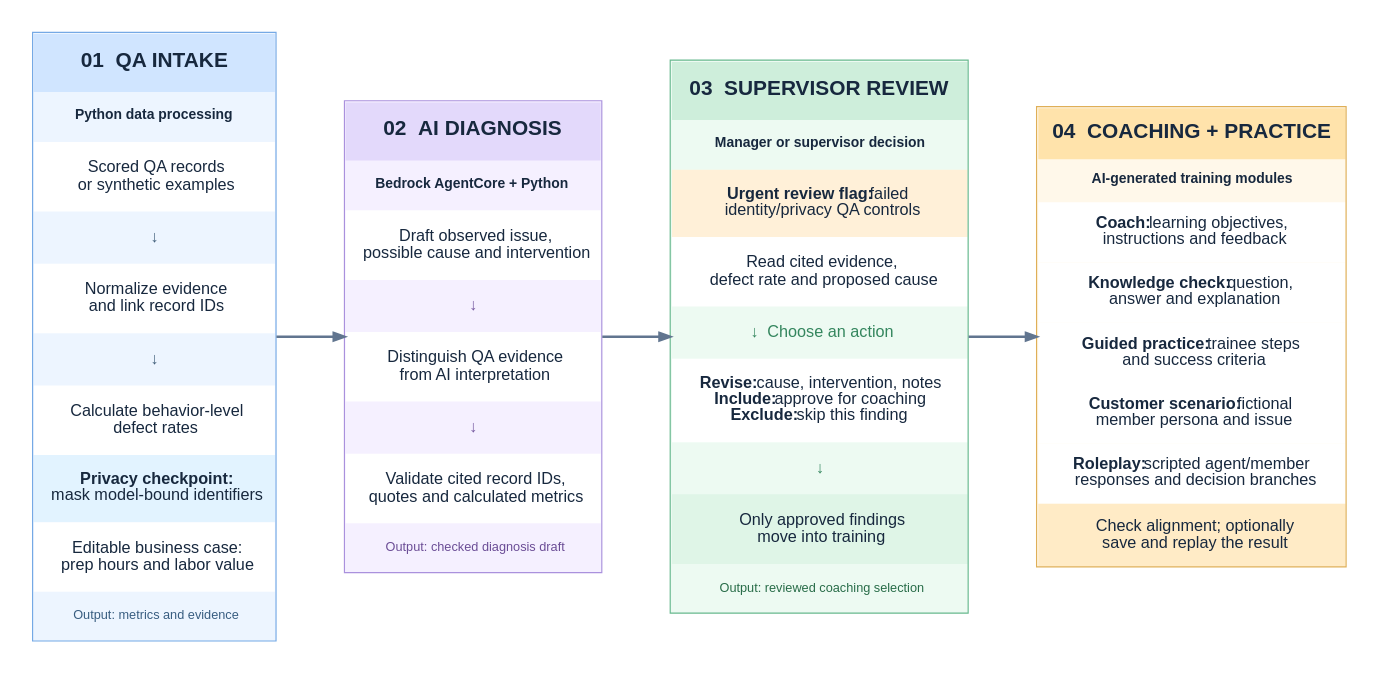
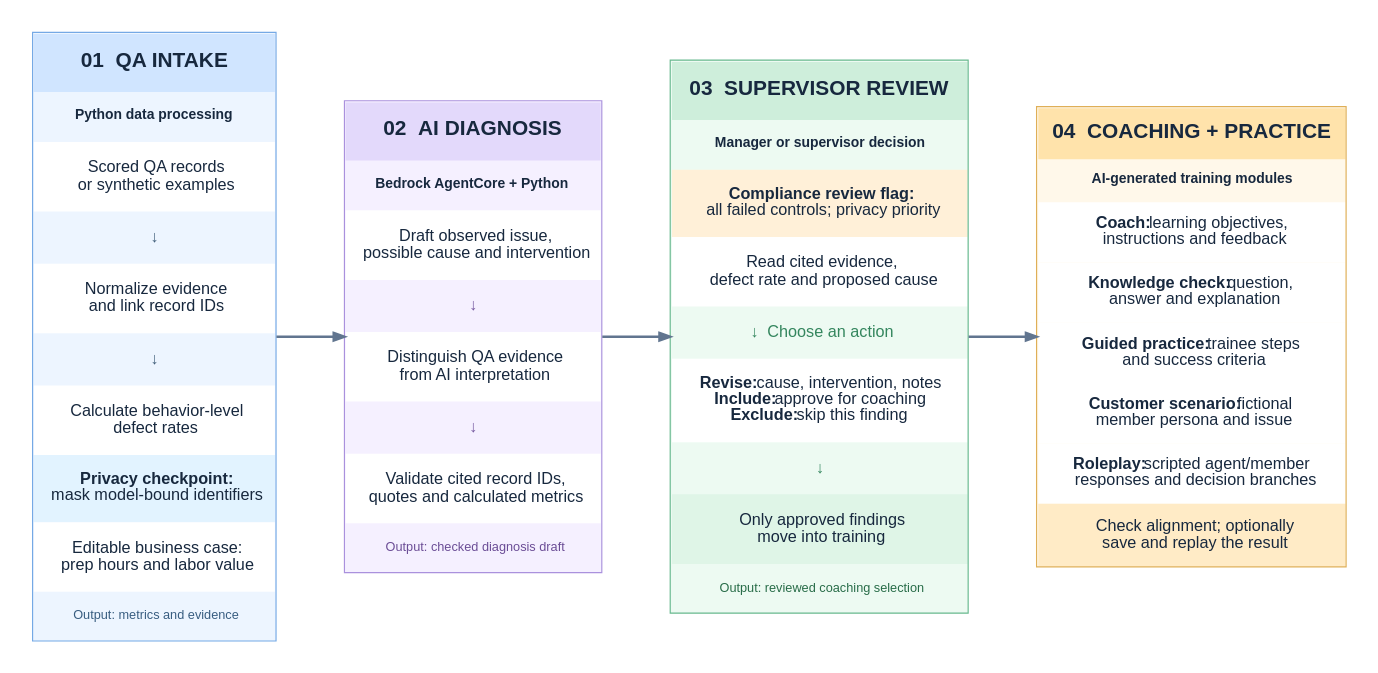
The diagram in docs/architecture-flow.dot (BeazerJobs-USA/ResultsCX-Amazon-AWS-AI-Competition-2026), drawn with Graphviz before and after one commit. The commit also changed 16 other files, not shown here.

```diff
--- a/docs/architecture-flow.dot
+++ b/docs/architecture-flow.dot
@@ -1,69 +1,69 @@
 digraph AgentQA {
   graph [
     rankdir=LR,
     bgcolor="white",
     pad="0.28",
     nodesep="0.48",
     ranksep="0.82",
     splines=polyline
   ];
   node [shape=plain, fontname="Arial", fontcolor="#17283E"];
   edge [color="#61758F", penwidth=2.2, arrowsize=0.9];
 
   qa [label=<
     <TABLE BORDER="1" COLOR="#75A9E5" CELLBORDER="0" CELLSPACING="0" CELLPADDING="15" BGCOLOR="#EDF5FF">
       <TR><TD BGCOLOR="#D0E5FF"><FONT FACE="Arial" POINT-SIZE="18"><B>01  QA INTAKE</B></FONT></TD></TR>
       <TR><TD><FONT FACE="Arial" POINT-SIZE="12"><B>Python data processing</B></FONT></TD></TR>
       <TR><TD BGCOLOR="#FFFFFF"><FONT FACE="Arial">Scored QA records<BR/>or synthetic examples</FONT></TD></TR>
       <TR><TD><FONT FACE="Arial" COLOR="#42607C">↓</FONT></TD></TR>
       <TR><TD BGCOLOR="#FFFFFF"><FONT FACE="Arial">Normalize evidence<BR/>and link record IDs</FONT></TD></TR>
       <TR><TD><FONT FACE="Arial" COLOR="#42607C">↓</FONT></TD></TR>
       <TR><TD BGCOLOR="#FFFFFF"><FONT FACE="Arial">Calculate behavior-level<BR/>defect rates</FONT></TD></TR>
       <TR><TD BGCOLOR="#E2F3FF"><FONT FACE="Arial"><B>Privacy checkpoint:</B><BR/>mask model-bound identifiers</FONT></TD></TR>
       <TR><TD BGCOLOR="#FFFFFF"><FONT FACE="Arial">Editable business case:<BR/>prep hours and labor value</FONT></TD></TR>
       <TR><TD><FONT FACE="Arial" POINT-SIZE="11" COLOR="#385D80">Output: metrics and evidence</FONT></TD></TR>
     </TABLE>
   >];
 
   diagnosis [label=<
     <TABLE BORDER="1" COLOR="#AA91DD" CELLBORDER="0" CELLSPACING="0" CELLPADDING="15" BGCOLOR="#F5F0FF">
       <TR><TD BGCOLOR="#E3D9FB"><FONT FACE="Arial" POINT-SIZE="18"><B>02  AI DIAGNOSIS</B></FONT></TD></TR>
       <TR><TD><FONT FACE="Arial" POINT-SIZE="12"><B>Bedrock AgentCore + Python</B></FONT></TD></TR>
       <TR><TD BGCOLOR="#FFFFFF"><FONT FACE="Arial">Draft observed issue,<BR/>possible cause and intervention</FONT></TD></TR>
       <TR><TD><FONT FACE="Arial" COLOR="#765AA0">↓</FONT></TD></TR>
       <TR><TD BGCOLOR="#FFFFFF"><FONT FACE="Arial">Distinguish QA evidence<BR/>from AI interpretation</FONT></TD></TR>
       <TR><TD><FONT FACE="Arial" COLOR="#765AA0">↓</FONT></TD></TR>
       <TR><TD BGCOLOR="#FFFFFF"><FONT FACE="Arial">Validate cited record IDs,<BR/>quotes and calculated metrics</FONT></TD></TR>
       <TR><TD><FONT FACE="Arial" POINT-SIZE="11" COLOR="#6B4D96">Output: checked diagnosis draft</FONT></TD></TR>
     </TABLE>
   >];
 
   review [label=<
     <TABLE BORDER="1" COLOR="#68B98F" CELLBORDER="0" CELLSPACING="0" CELLPADDING="15" BGCOLOR="#EDFAF2">
       <TR><TD BGCOLOR="#CEEEDB"><FONT FACE="Arial" POINT-SIZE="18"><B>03  SUPERVISOR REVIEW</B></FONT></TD></TR>
       <TR><TD><FONT FACE="Arial" POINT-SIZE="12"><B>Manager or supervisor decision</B></FONT></TD></TR>
-      <TR><TD BGCOLOR="#FFF0D8"><FONT FACE="Arial"><B>Urgent review flag:</B> failed<BR/>identity/privacy QA controls</FONT></TD></TR>
+      <TR><TD BGCOLOR="#FFF0D8"><FONT FACE="Arial"><B>Compliance review flag:</B><BR/>all failed controls; privacy priority</FONT></TD></TR>
       <TR><TD BGCOLOR="#FFFFFF"><FONT FACE="Arial">Read cited evidence,<BR/>defect rate and proposed cause</FONT></TD></TR>
       <TR><TD><FONT FACE="Arial" COLOR="#34865E">↓  Choose an action</FONT></TD></TR>
       <TR><TD BGCOLOR="#FFFFFF"><FONT FACE="Arial"><B>Revise:</B> cause, intervention, notes<BR/><B>Include:</B> approve for coaching<BR/><B>Exclude:</B> skip this finding</FONT></TD></TR>
       <TR><TD><FONT FACE="Arial" COLOR="#34865E">↓</FONT></TD></TR>
       <TR><TD BGCOLOR="#DFF5E7"><FONT FACE="Arial">Only approved findings<BR/>move into training</FONT></TD></TR>
       <TR><TD><FONT FACE="Arial" POINT-SIZE="11" COLOR="#286C48">Output: reviewed coaching selection</FONT></TD></TR>
     </TABLE>
   >];
 
   coaching [label=<
     <TABLE BORDER="1" COLOR="#DFAF57" CELLBORDER="0" CELLSPACING="0" CELLPADDING="12" BGCOLOR="#FFF8EA">
       <TR><TD BGCOLOR="#FFE3AB"><FONT FACE="Arial" POINT-SIZE="18"><B>04  COACHING + PRACTICE</B></FONT></TD></TR>
       <TR><TD><FONT FACE="Arial" POINT-SIZE="12"><B>AI-generated training modules</B></FONT></TD></TR>
       <TR><TD BGCOLOR="#FFFFFF"><FONT FACE="Arial"><B>Coach:</B> learning objectives,<BR/>instructions and feedback</FONT></TD></TR>
       <TR><TD BGCOLOR="#FFFFFF"><FONT FACE="Arial"><B>Knowledge check:</B> question,<BR/>answer and explanation</FONT></TD></TR>
       <TR><TD BGCOLOR="#FFFFFF"><FONT FACE="Arial"><B>Guided practice:</B> trainee steps<BR/>and success criteria</FONT></TD></TR>
       <TR><TD BGCOLOR="#FFFFFF"><FONT FACE="Arial"><B>Customer scenario:</B> fictional<BR/>member persona and issue</FONT></TD></TR>
       <TR><TD BGCOLOR="#FFFFFF"><FONT FACE="Arial"><B>Roleplay:</B> scripted agent/member<BR/>responses and decision branches</FONT></TD></TR>
       <TR><TD BGCOLOR="#FFEBC6"><FONT FACE="Arial">Check alignment; optionally<BR/>save and replay the result</FONT></TD></TR>
     </TABLE>
   >];
 
   qa -> diagnosis -> review -> coaching;
 }
```
